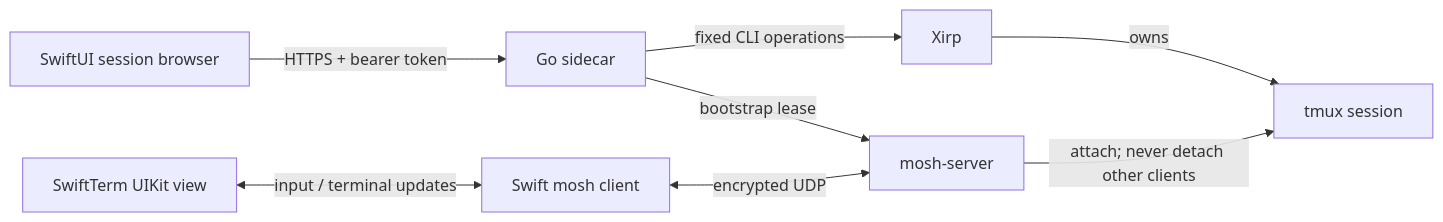
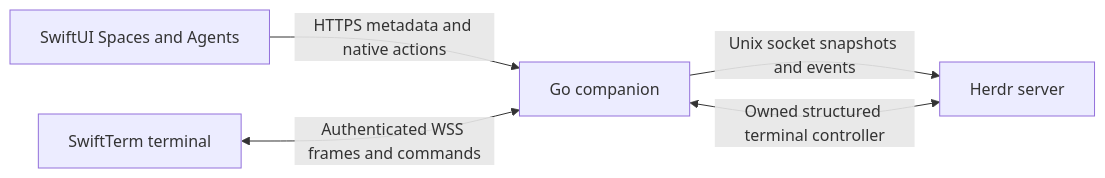
The diagram in docs/ARCHITECTURE.md (BCook98/trill), drawn with Mermaid before and after one commit. The commit also changed other lines of this file and 167 other files, not shown here.

Commit message:
Make Herdr HTTPS streaming the only connection mode (#5)

````diff
--- a/docs/ARCHITECTURE.md
+++ b/docs/ARCHITECTURE.md
@@ -3,10 +3,7 @@
 ```mermaid
 flowchart LR
-  UI[SwiftUI session browser] -->|HTTPS + bearer token| API[Go sidecar]
-  API -->|fixed CLI operations| X[Xirp]
-  X -->|owns| T[tmux session]
-  API -->|bootstrap lease| M[mosh-server]
-  V[SwiftTerm UIKit view] <-->|input / terminal updates| C[Swift mosh client]
-  C <-->|encrypted UDP| M
-  M -->|attach; never detach other clients| T
+  UI[SwiftUI Spaces and Agents] -->|HTTPS metadata and native actions| API[Go companion]
+  API -->|Unix socket snapshots and events| H[Herdr server]
+  V[SwiftTerm terminal] <-->|Authenticated WSS frames and commands| API
+  API <-->|Owned structured terminal controller| H
 ```
````
